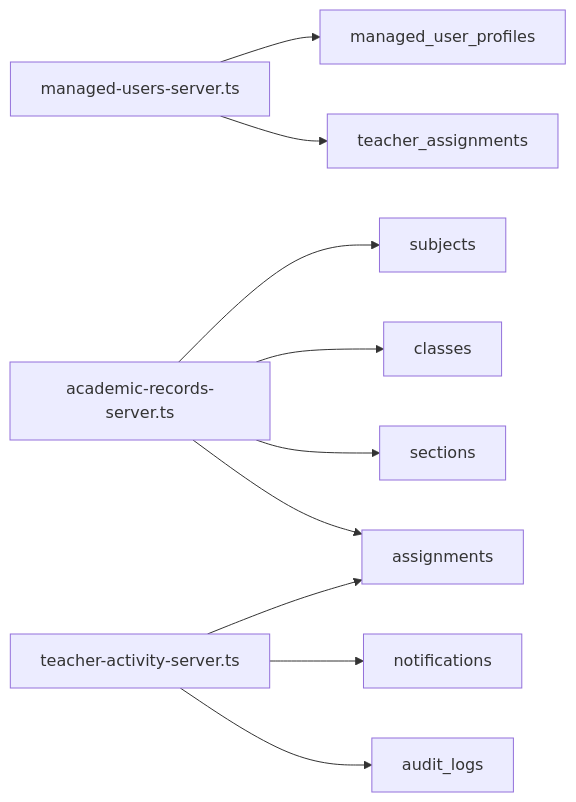
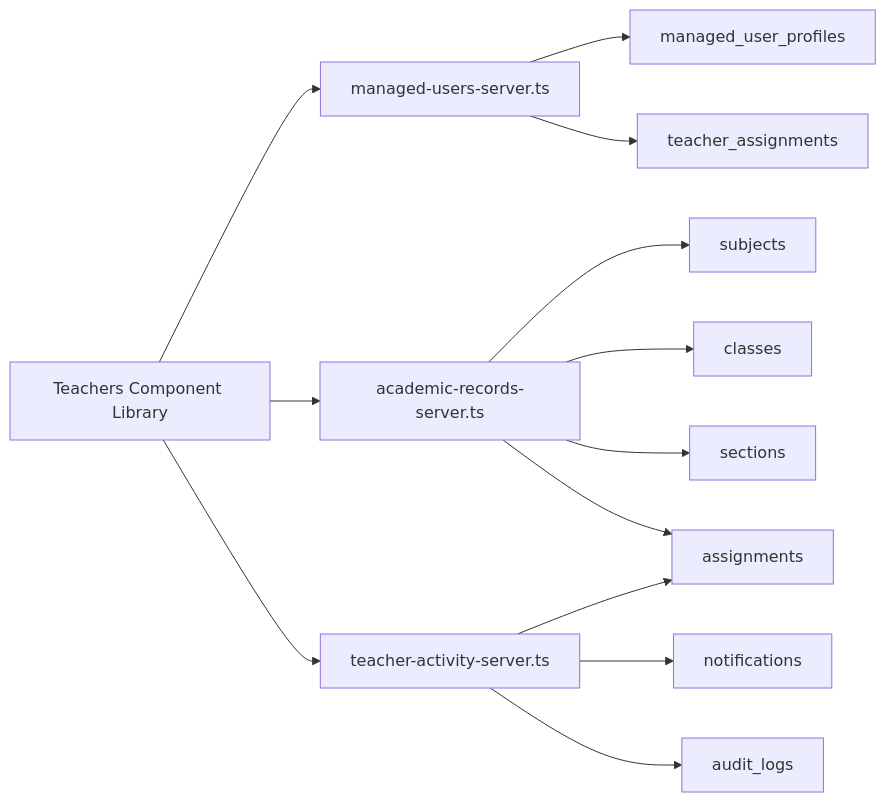
One commit to mustafaalkusaj/appschoolmustafa2002 changed the tenth of 10 diagrams in .qoder/repowiki/en/content/Teacher Management/Teacher Management.md. Above: the diagram before and after it, drawn with Mermaid. The commit also changed other lines of this file and 8 other files, not shown here.

````diff
--- a/.qoder/repowiki/en/content/Teacher Management/Teacher Management.md
+++ b/.qoder/repowiki/en/content/Teacher Management/Teacher Management.md
@@ -396,12 +582,15 @@
 ```mermaid
 graph LR
 MU_Server["managed-users-server.ts"] --> Profiles["managed_user_profiles"]
 MU_Server --> TA["teacher_assignments"]
 AR_Server["academic-records-server.ts"] --> Subjects["subjects"]
 AR_Server --> Classes["classes"]
 AR_Server --> Sections["sections"]
 AR_Server --> Assignments["assignments"]
 Act_Server["teacher-activity-server.ts"] --> Notifications["notifications"]
 Act_Server --> Assignments
 Act_Server --> AuditLogs["audit_logs"]
+TeachersComponents["Teachers Component Library"] --> MU_Server
+TeachersComponents --> AR_Server
+TeachersComponents --> Act_Server
 ```
````
